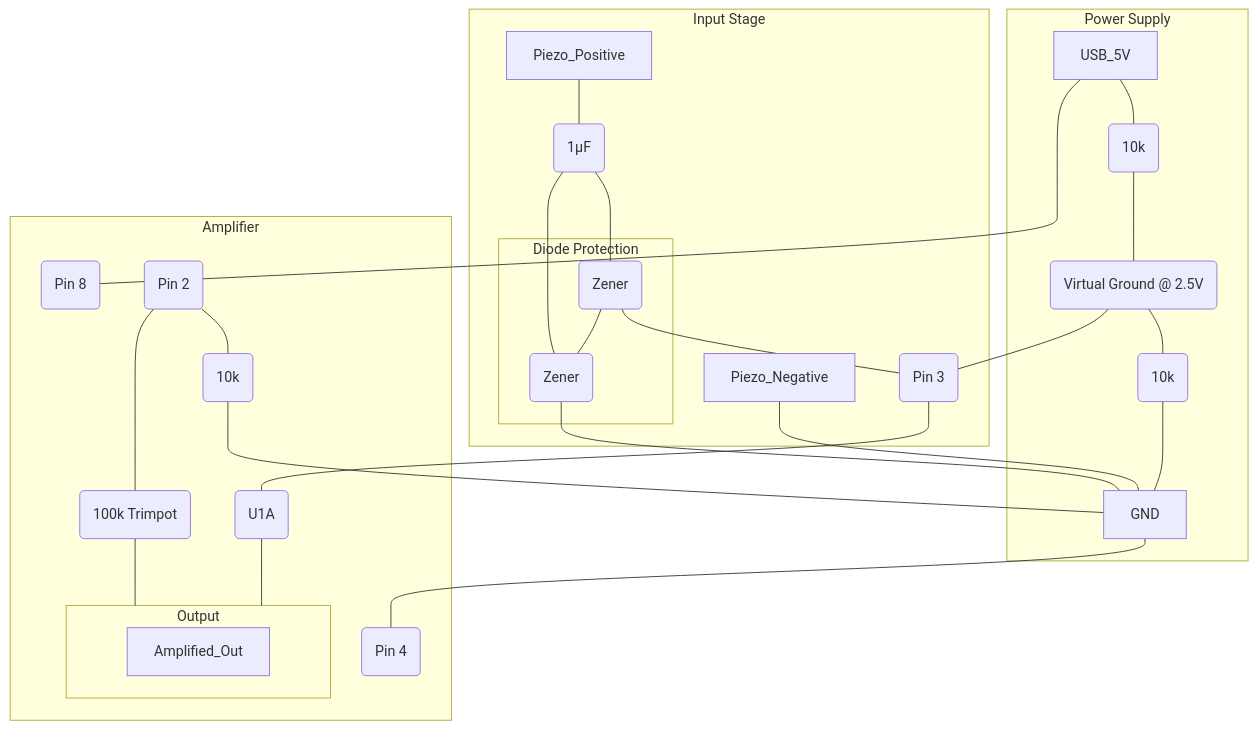
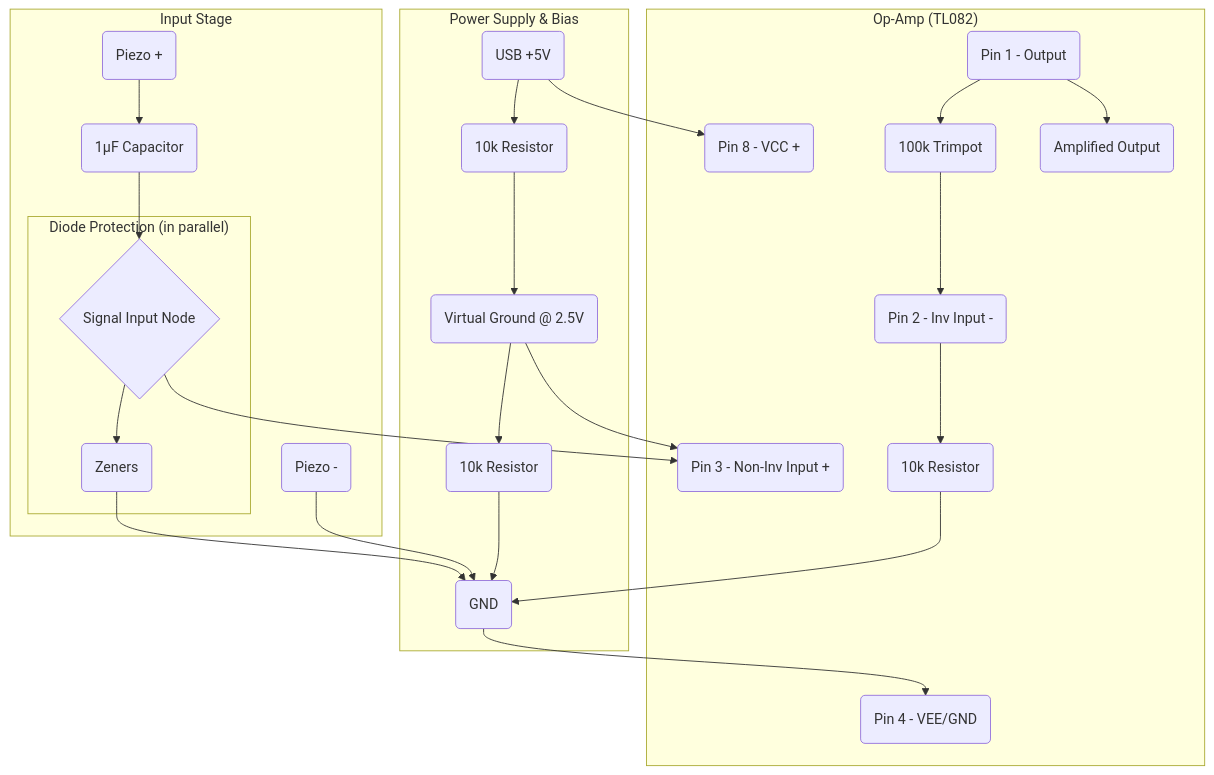
One commit to cerebralpie/RecPadroes-Voz changed the diagram in README.md. Above: the diagram before and after it, drawn with Mermaid. The commit also changed other lines of this file, not shown here.

````diff
--- a/README.md
+++ b/README.md
@@ -3,37 +3,38 @@
 ```mermaid
 graph TD
-    subgraph Power Supply
-        USB_5V --- R1(10k)
-        R1 --- V_REF(Virtual Ground @ 2.5V)
-        V_REF --- R2(10k)
-        R2 --- GND
+    subgraph "Power Supply & Bias"
+        USB_5V(USB +5V) --> R1(10k Resistor)
+        R1 --> V_REF(Virtual Ground @ 2.5V)
+        V_REF --> R2(10k Resistor)
+        R2 --> GND(GND)
     end
 
-    subgraph Input Stage
-        Piezo_Positive --- C1(1µF)
-        Piezo_Negative --- GND
-        C1 --- D1(Zener) & D2(Zener)
-        D1 --- Non_Inv_Input(Pin 3)
-        D2 --- GND
-        subgraph Diode Protection
-            D1 --- D2
+    subgraph "Input Stage"
+        Piezo_P(Piezo +) --> C1(1µF Capacitor)
+        C1 --> InputNode{Signal Input Node}
+        Piezo_N(Piezo -) --> GND
+        subgraph "Diode Protection (in parallel)"
+            InputNode --> Diodes(Zeners)
+            Diodes --> GND
         end
     end
 
-    subgraph Amplifier
-        USB_5V --- VCC(Pin 8)
-        GND --- VEE(Pin 4)
+    subgraph "Op-Amp (TL082)"
+        %% Power Connections
+        USB_5V --> Pin8(Pin 8 - VCC +)
+        GND --> Pin4(Pin 4 - VEE/GND)
 
-        Non_Inv_Input --- TL082(U1A)
-        TL082 --- Output(Pin 1)
-        Inv_Input(Pin 2) --- R3(10k)
-        R3 --- GND
-        Inv_Input --- RV1(100k Trimpot)
-        RV1 --- Output
-        V_REF --- Non_Inv_Input
-    end
+        %% Signal Input
+        InputNode --> Pin3(Pin 3 - Non-Inv Input +)
+        V_REF --> Pin3
 
-    subgraph Output
-        Output --- Amplified_Out
+        %% Feedback Loop
+        Pin1(Pin 1 - Output) --> RV1(100k Trimpot)
+        RV1 --> Pin2(Pin 2 - Inv Input -)
+        Pin2 --> R3(10k Resistor)
+        R3 --> GND
+        
+        %% Final Output
+        Pin1 --> Amplified_Out(Amplified Output)
     end
 ```
````
